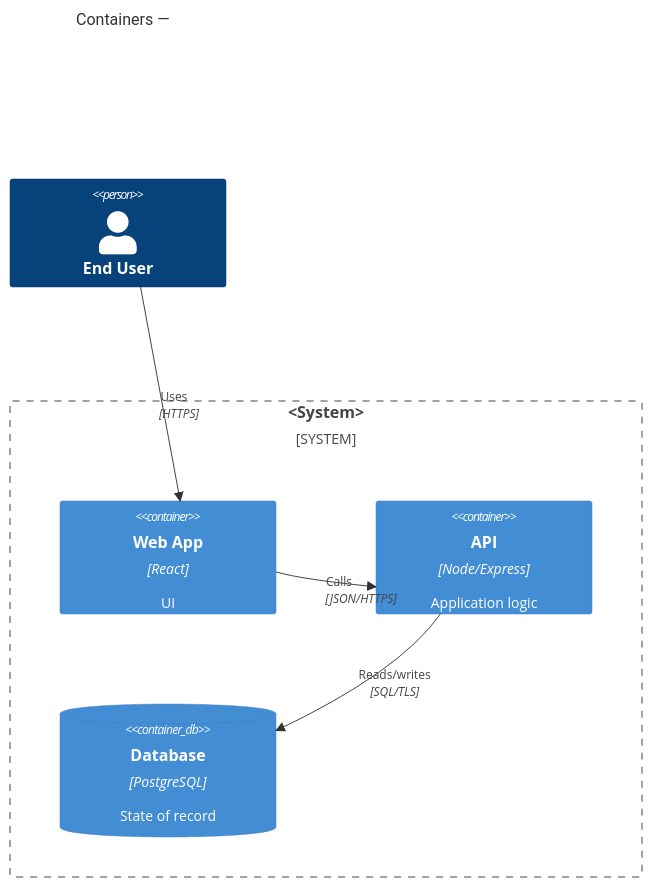
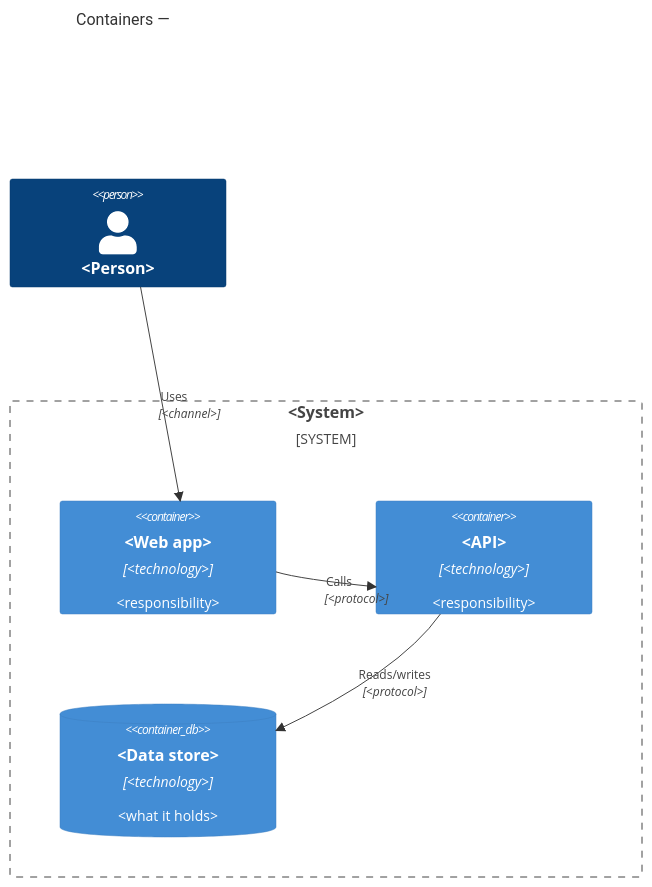
Before and after one commit to mark-satterfield/toolset: the second of 6 diagrams in plugins/agent-teams-workforce/skills/arc42-author/references/section-templates.md, drawn with Mermaid. The commit also changed other lines of this file and 29 other files, not shown here.

First line of the commit message:
feat(agent-teams-workforce): rewrite the arc42 skills to the architecture documentation model

````diff
--- a/plugins/agent-teams-workforce/skills/arc42-author/references/section-templates.md
+++ b/plugins/agent-teams-workforce/skills/arc42-author/references/section-templates.md
@@ -201,13 +149,13 @@
 ```mermaid
 C4Container
-  title Containers — <system name>
-  Person(user, "End User")
+  title Containers — <system>
+  Person(user, "<Person>")
   System_Boundary(b, "<System>") {
-    Container(web, "Web App", "React", "UI")
-    Container(api, "API", "Node/Express", "Application logic")
-    ContainerDb(db, "Database", "PostgreSQL", "State of record")
+    Container(web, "<Web app>", "<technology>", "<responsibility>")
+    Container(api, "<API>", "<technology>", "<responsibility>")
+    ContainerDb(db, "<Data store>", "<technology>", "<what it holds>")
   }
-  Rel(user, web, "Uses", "HTTPS")
-  Rel(web, api, "Calls", "JSON/HTTPS")
-  Rel(api, db, "Reads/writes", "SQL/TLS")
+  Rel(user, web, "Uses", "<channel>")
+  Rel(web, api, "Calls", "<protocol>")
+  Rel(api, db, "Reads/writes", "<protocol>")
 ```
````
